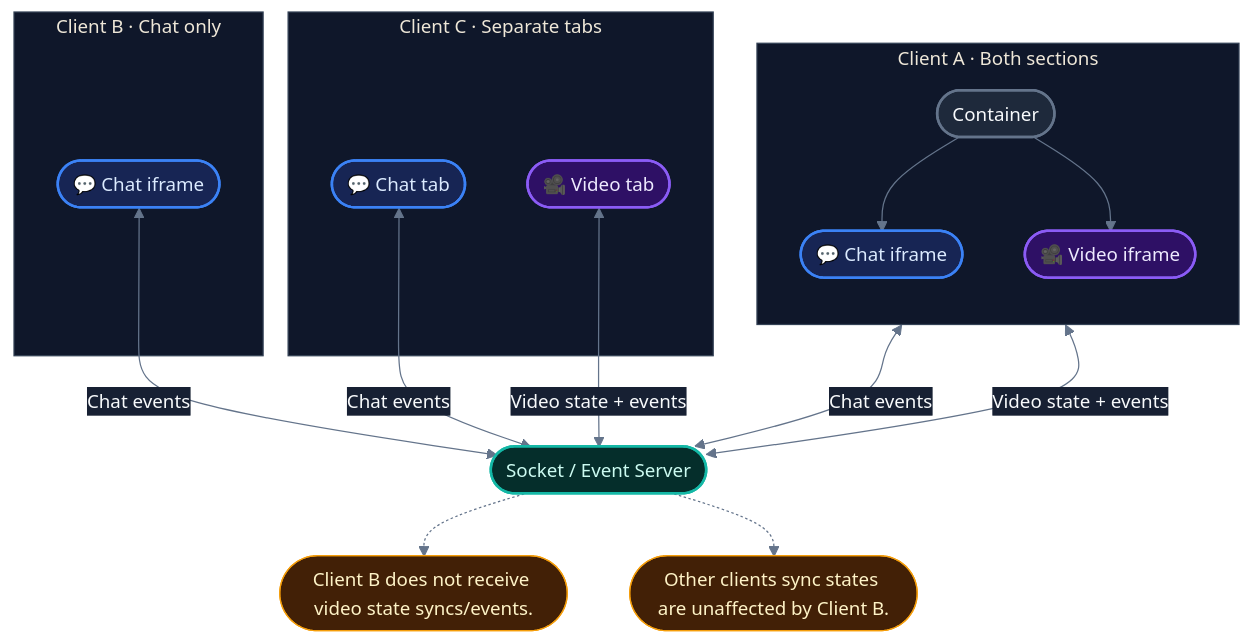
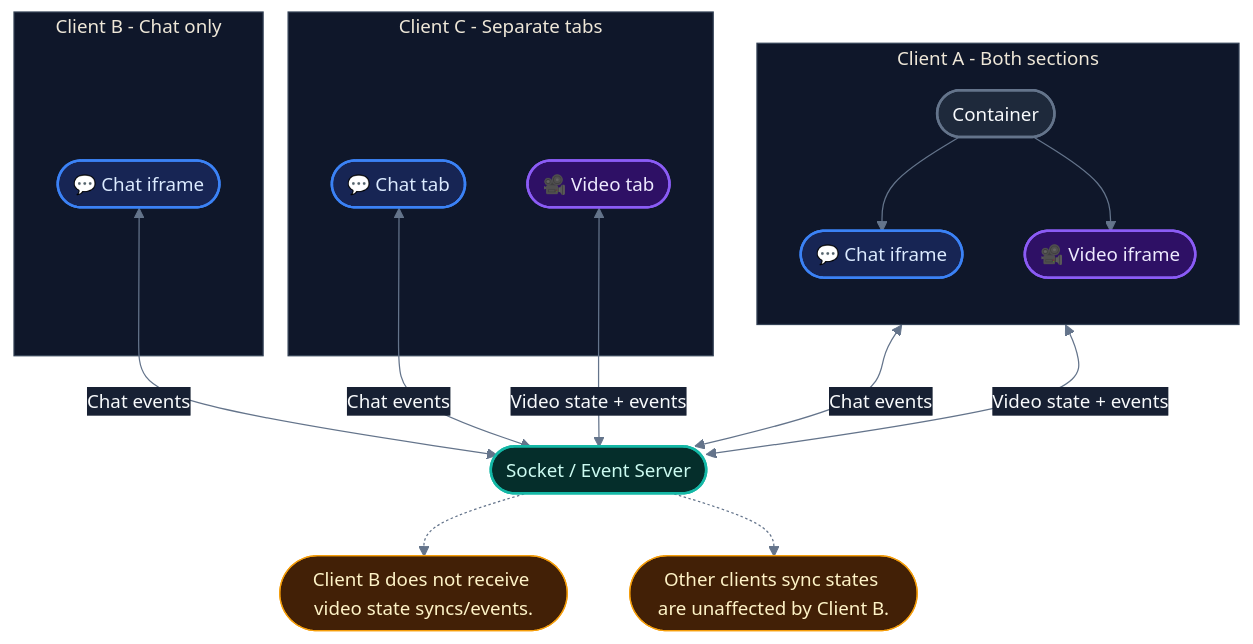
Before and after one commit to amirgame197/WatChat-Docs: the diagram in docs/guides/sections-correlation.md, drawn with Mermaid. The commit also changed 6 other files, not shown here.

````diff
--- a/docs/guides/sections-correlation.md
+++ b/docs/guides/sections-correlation.md
@@ -8,68 +8,68 @@
 ```mermaid
 %%{init: {
   "theme": "base",
   "themeVariables": {
     "fontFamily": "Inter, sans-serif",
     "fontSize": "15px",
     "primaryColor": "#1e293b",
     "primaryTextColor": "#f8fafc",
     "primaryBorderColor": "#475569",
     "lineColor": "#64748b",
     "secondaryColor": "#172033",
     "tertiaryColor": "#111827",
     "clusterBkg": "#0f172a",
     "clusterBorder": "#334155"
   }
 }}%%
 
 flowchart TD
 
-    subgraph Client_A["Client A · Both sections"]
+    subgraph Client_A["Client A - Both sections"]
         direction TB
 
         Container_A(["Container"])
 
         Chat_A(["💬 Chat iframe"])
         Video_A(["🎥 Video iframe"])
 
         Container_A --> Chat_A
         Container_A --> Video_A
     end
 
-    subgraph Client_B["Client B · Chat only"]
+    subgraph Client_B["Client B - Chat only"]
         Chat_B(["💬 Chat iframe"])
     end
 
-    subgraph Client_C["Client C · Separate tabs"]
+    subgraph Client_C["Client C - Separate tabs"]
         Chat_C(["💬 Chat tab"])
         Video_C(["🎥 Video tab"])
     end
 
     Server(["Socket / Event Server"])
 
     Chat_A <-->|"Chat events"| Server
     Video_A <-->|"Video state + events"| Server
 
     Chat_B <-->|"Chat events"| Server
 
     Chat_C <-->|"Chat events"| Server
     Video_C <-->|"Video state + events"| Server
 
     Note1(["Client B does not receive video state syncs/events."])
     Note2(["Other clients sync states are unaffected by Client B."])
 
     Server -.-> Note1
     Server -.-> Note2
 
     classDef chat fill:#172554,stroke:#3b82f6,color:#dbeafe,stroke-width:2px
     classDef video fill:#2e1065,stroke:#8b5cf6,color:#ede9fe,stroke-width:2px
     classDef server fill:#052e2b,stroke:#14b8a6,color:#ccfbf1,stroke-width:2px
     classDef container fill:#1e293b,stroke:#64748b,color:#f8fafc,stroke-width:2px
     classDef note fill:#422006,stroke:#f59e0b,color:#fef3c7,stroke-width:1px
 
     class Chat_A,Chat_B,Chat_C chat
     class Video_A,Video_C video
     class Server server
     class Container_A container
     class Note1,Note2 note
 ```
````
